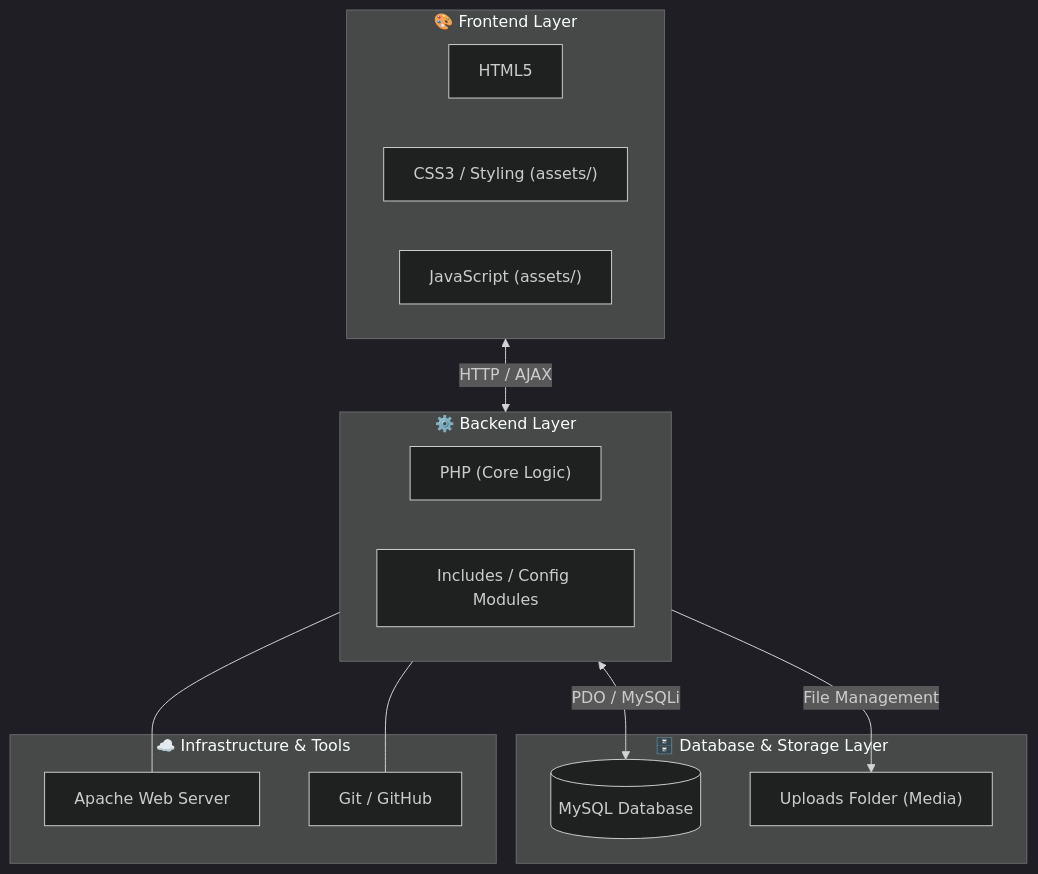
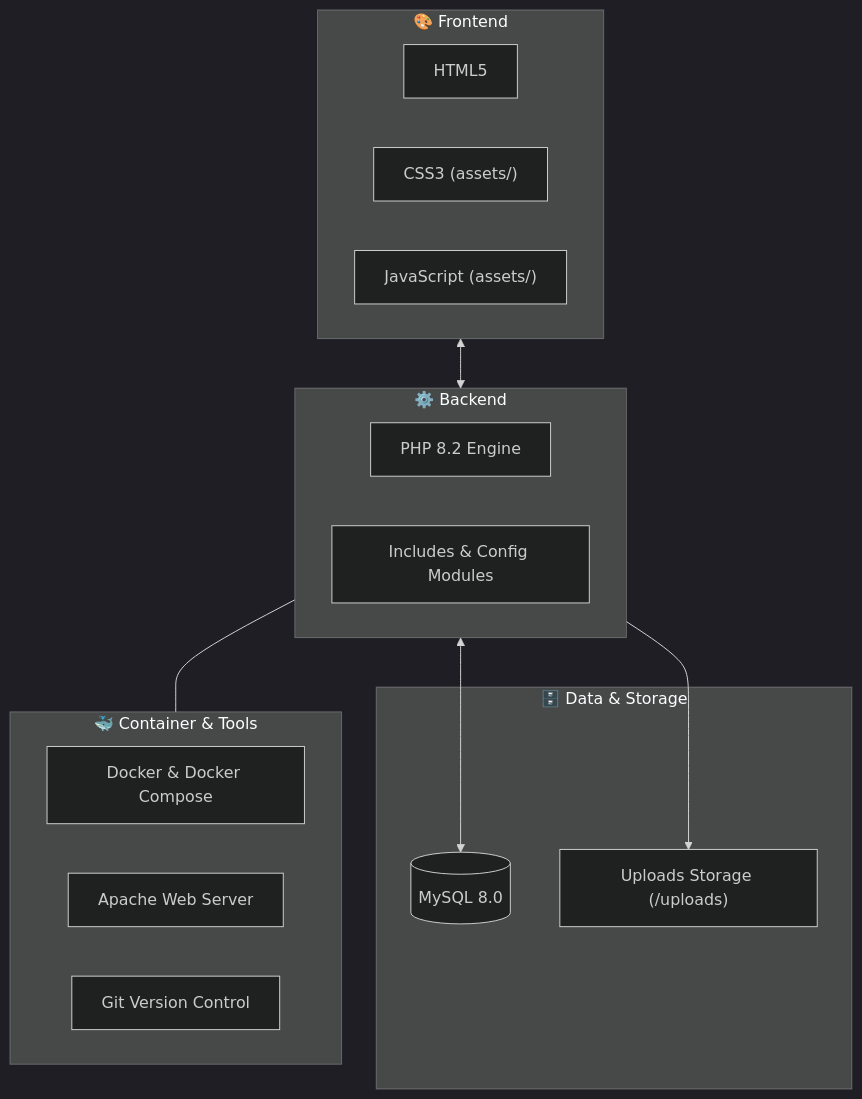
One commit to 67160214-ctrl/Hugmart changed the second of 2 diagrams in README.md. Above: the diagram before and after it, drawn with Mermaid (dark theme). The commit also changed other lines of this file, not shown here.

````diff
--- a/README.md
+++ b/README.md
@@ -84,29 +73,29 @@
 ```mermaid
 graph TB
-    subgraph Frontend ["🎨 Frontend Layer"]
+    subgraph Frontend ["🎨 Frontend"]
         HTML["HTML5"]
-        CSS["CSS3 / Styling (assets/)"]
+        CSS["CSS3 (assets/)"]
         JS["JavaScript (assets/)"]
     end
 
-    subgraph Backend ["⚙️ Backend Layer"]
-        PHP["PHP (Core Logic)"]
-        Includes["Includes / Config Modules"]
+    subgraph Backend ["⚙️ Backend"]
+        PHP["PHP 8.2 Engine"]
+        Config["Includes & Config Modules"]
     end
 
-    subgraph Database ["🗄️ Database & Storage Layer"]
-        MySQL[("MySQL Database")]
-        Uploads["Uploads Folder (Media)"]
+    subgraph Data ["🗄️ Data & Storage"]
+        MySQL[("MySQL 8.0")]
+        Uploads["Uploads Storage (/uploads)"]
     end
 
-    subgraph Infrastructure ["☁️ Infrastructure & Tools"]
+    subgraph Container ["🐳 Container & Tools"]
+        Docker["Docker & Docker Compose"]
         Apache["Apache Web Server"]
-        Git["Git / GitHub"]
+        Git["Git Version Control"]
     end
 
-    Frontend <-->|HTTP / AJAX| Backend
-    Backend <-->|PDO / MySQLi| MySQL
-    Backend -->|File Management| Uploads
-    Backend --- Apache
-    Backend --- Git
+    Frontend <--> Backend
+    Backend <--> MySQL
+    Backend --> Uploads
+    Backend --- Container
 ```
````
